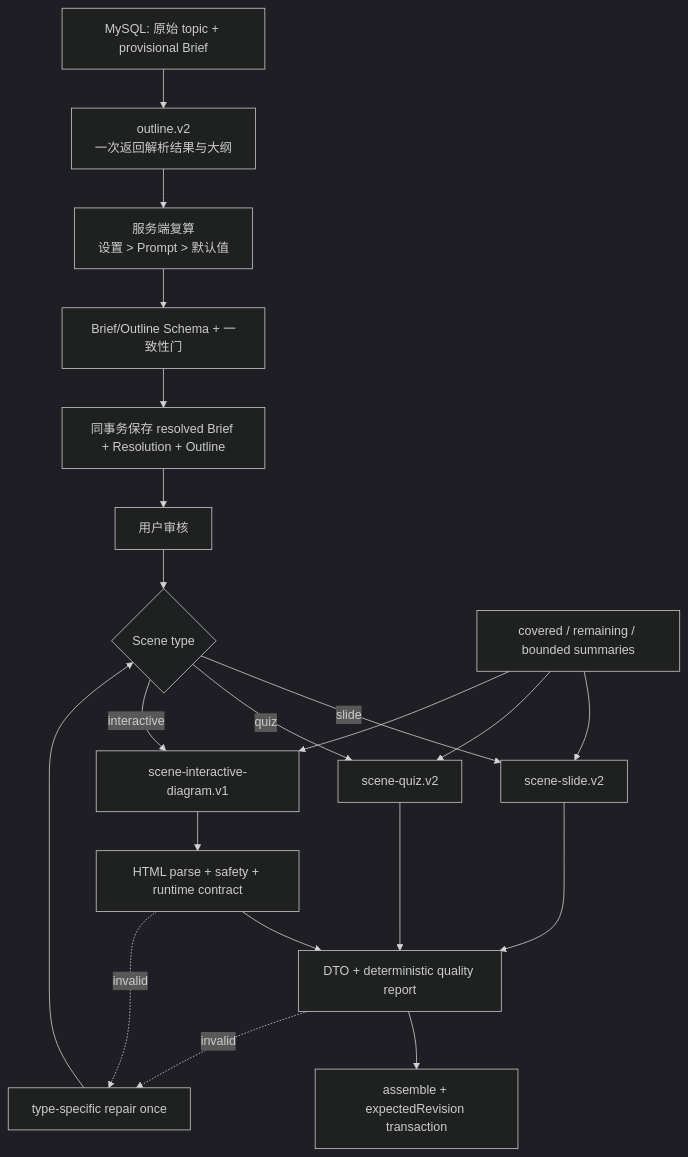
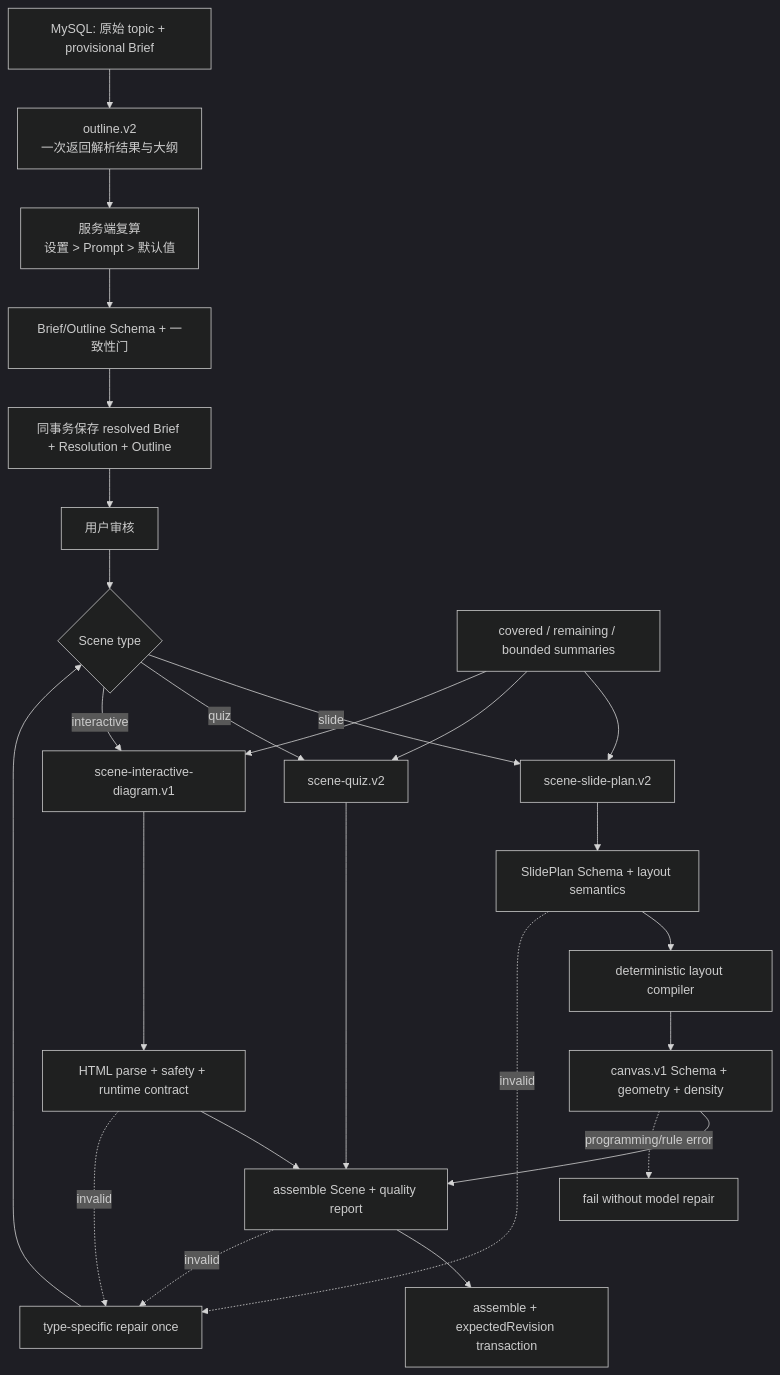
The second of 2 diagrams in docs/05-generation-pipeline.md (shuige666666/ai-teaching-assistance-platform), drawn with Mermaid (dark theme) before and after one commit. The commit also changed other lines of this file and 11 other files, not shown here.

````diff
--- a/docs/05-generation-pipeline.md
+++ b/docs/05-generation-pipeline.md
@@ -83,27 +85,32 @@
 ```mermaid
 flowchart TD
     Draft["MySQL: 原始 topic + provisional Brief"] --> OutlineV2["outline.v2<br/>一次返回解析结果与大纲"]
     OutlineV2 --> BriefResolver["服务端复算<br/>设置 > Prompt > 默认值"]
     BriefResolver --> OutlineGate["Brief/Outline Schema + 一致性门"]
     OutlineGate --> PersistOutline["同事务保存 resolved Brief + Resolution + Outline"]
     PersistOutline --> Review["用户审核"]
     Review --> Route{"Scene type"}
 
-    Route -->|slide| SlideV2["scene-slide.v2"]
+    Route -->|slide| SlidePlanV2["scene-slide-plan.v2"]
     Route -->|quiz| QuizV2["scene-quiz.v2"]
     Route -->|interactive| DiagramV1["scene-interactive-diagram.v1"]
 
-    Memory["covered / remaining / bounded summaries"] --> SlideV2
+    Memory["covered / remaining / bounded summaries"] --> SlidePlanV2
     Memory --> QuizV2
     Memory --> DiagramV1
 
-    SlideV2 --> SceneGate["DTO + deterministic quality report"]
+    SlidePlanV2 --> PlanGate["SlidePlan Schema + layout semantics"]
+    PlanGate --> LayoutCompiler["deterministic layout compiler"]
+    LayoutCompiler --> CanvasGate["canvas.v1 Schema + geometry + density"]
+    CanvasGate --> SceneGate["assemble Scene + quality report"]
     QuizV2 --> SceneGate
     DiagramV1 --> HtmlGate["HTML parse + safety + runtime contract"]
     HtmlGate --> SceneGate
     SceneGate --> Persist["assemble + expectedRevision transaction"]
 
-    SceneGate -.invalid.-> RepairOnce["type-specific repair once"]
+    PlanGate -.invalid.-> RepairOnce["type-specific repair once"]
+    CanvasGate -.programming/rule error.-> Stop["fail without model repair"]
+    SceneGate -.invalid.-> RepairOnce
     HtmlGate -.invalid.-> RepairOnce
     RepairOnce --> Route
 ```
````
